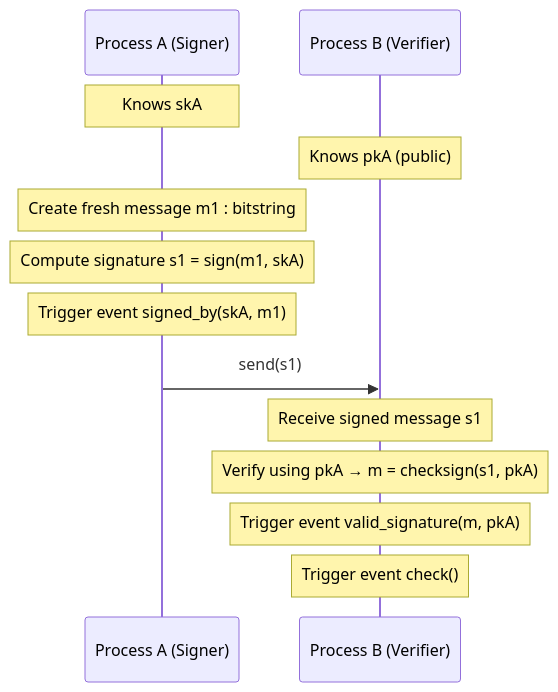
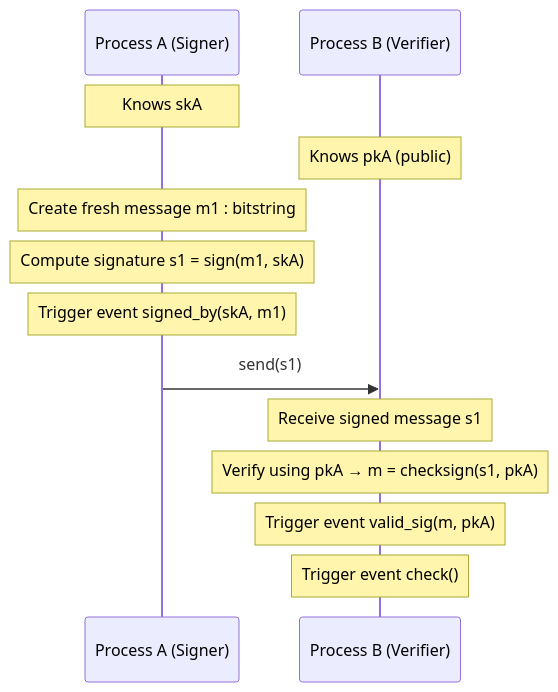
The diagram in SecurityProperties/Integrity/Unforgeability/Unforgeability.md (leonardtudorache/An-Executable-Taxonomy-of-Security-Properties-for-ProVerif-and-Tamarin), drawn with Mermaid before and after one commit. The commit also changed 44 other files, not shown here.

````diff
--- a/SecurityProperties/Integrity/Unforgeability/Unforgeability.md
+++ b/SecurityProperties/Integrity/Unforgeability/Unforgeability.md
@@ -1,18 +1,18 @@
 ```mermaid
 sequenceDiagram
     participant A as Process A (Signer)
     participant B as Process B (Verifier)
 
     Note over A: Knows skA
     Note over B: Knows pkA (public)
 
     Note over A: Create fresh message m1 : bitstring
     Note over A: Compute signature s1 = sign(m1, skA)
     Note over A: Trigger event signed_by(skA, m1)
     A->>B: send(s1)
 
     Note over B: Receive signed message s1
     Note over B: Verify using pkA → m = checksign(s1, pkA)
-    Note over B: Trigger event valid_signature(m, pkA)
+    Note over B: Trigger event valid_sig(m, pkA)
     Note over B: Trigger event check()
 ```
````
